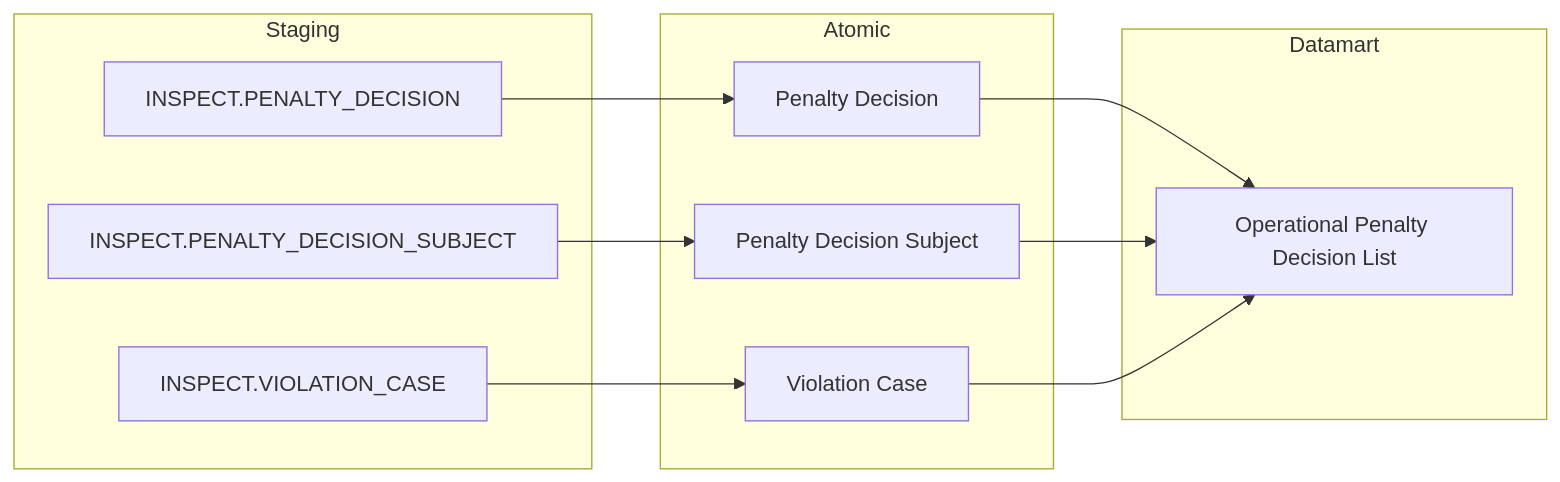
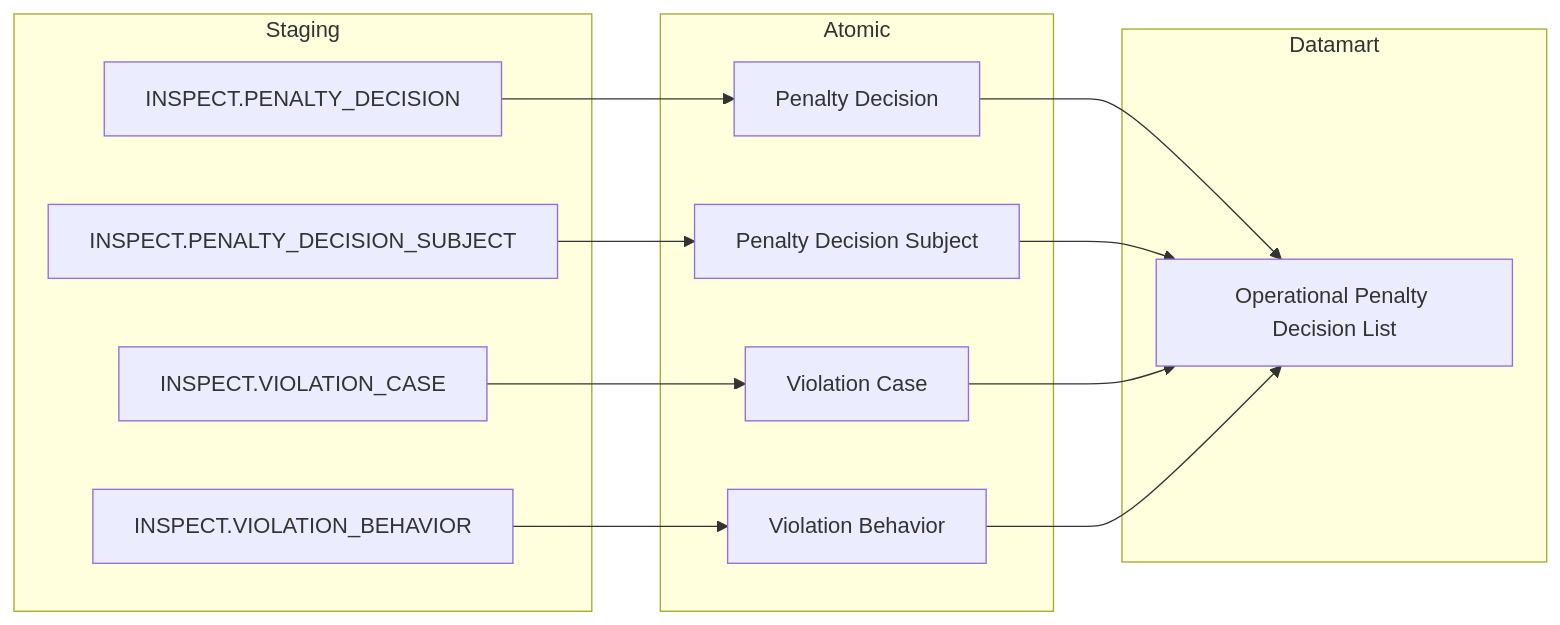
Diagram 12 of 54 in Datamart/hld/DTM_TT_HLD.md (linhlvit/ubck_atomic_design), drawn with Mermaid before and after one commit. The commit also changed other lines of this file and 23 other files, not shown here.

````diff
--- a/Datamart/hld/DTM_TT_HLD.md
+++ b/Datamart/hld/DTM_TT_HLD.md
@@ -472,26 +482,30 @@
 ```mermaid
 flowchart LR
     subgraph SRC["Staging"]
         S1["INSPECT.PENALTY_DECISION"]
         S2["INSPECT.PENALTY_DECISION_SUBJECT"]
         S3["INSPECT.VIOLATION_CASE"]
+        S4["INSPECT.VIOLATION_BEHAVIOR"]
     end
 
     subgraph SIL["Atomic"]
         SV1["Penalty Decision"]
         SV2["Penalty Decision Subject"]
         SV3["Violation Case"]
+        SV4["Violation Behavior"]
     end
 
     subgraph GOLD["Datamart"]
         G1["Operational Penalty Decision List"]
     end
 
     S1 --> SV1
     S2 --> SV2
     S3 --> SV3
+    S4 --> SV4
 
     SV1 --> G1
     SV2 --> G1
     SV3 --> G1
+    SV4 --> G1
 ```
````
